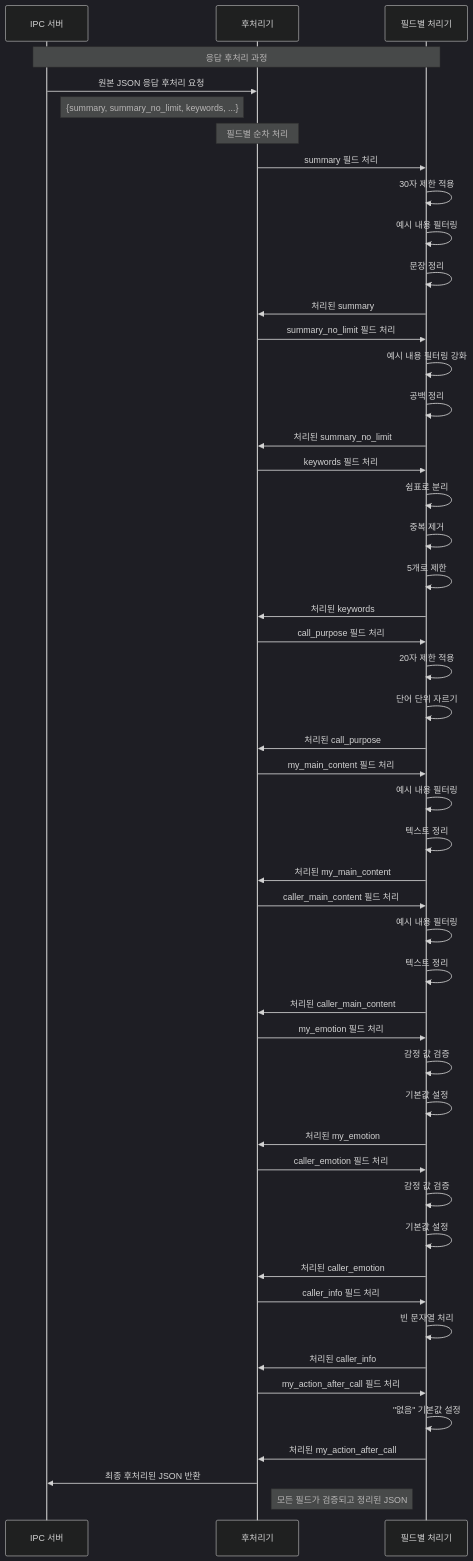
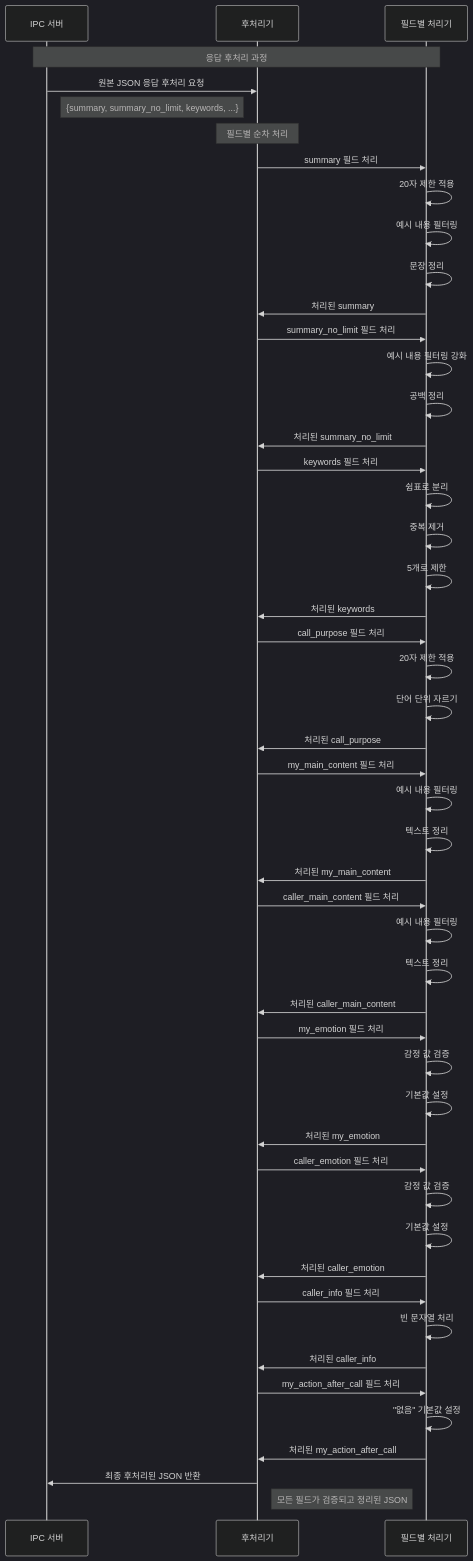
Before and after one commit to hak023/gemma-summarizer-poc: the fifth of 5 diagrams in sequence_diagram.md, drawn with Mermaid (dark theme). The commit also changed other lines of this file and 11 other files, not shown here.

````diff
--- a/sequence_diagram.md
+++ b/sequence_diagram.md
@@ -205,64 +205,64 @@
 ```mermaid
 sequenceDiagram
     participant IPC as IPC 서버
     participant Postprocessor as 후처리기
     participant Fields as 필드별 처리기
 
     Note over IPC,Fields: 응답 후처리 과정
     IPC->>Postprocessor: 원본 JSON 응답 후처리 요청
     Note right of IPC: {summary, summary_no_limit, keywords, ...}
 
     Note over Postprocessor: 필드별 순차 처리
     Postprocessor->>Fields: summary 필드 처리
-    Fields->>Fields: 30자 제한 적용
+    Fields->>Fields: 20자 제한 적용
     Fields->>Fields: 예시 내용 필터링
     Fields->>Fields: 문장 정리
     Fields->>Postprocessor: 처리된 summary
 
     Postprocessor->>Fields: summary_no_limit 필드 처리
     Fields->>Fields: 예시 내용 필터링 강화
     Fields->>Fields: 공백 정리
     Fields->>Postprocessor: 처리된 summary_no_limit
 
     Postprocessor->>Fields: keywords 필드 처리
     Fields->>Fields: 쉼표로 분리
     Fields->>Fields: 중복 제거
     Fields->>Fields: 5개로 제한
     Fields->>Postprocessor: 처리된 keywords
 
     Postprocessor->>Fields: call_purpose 필드 처리
     Fields->>Fields: 20자 제한 적용
     Fields->>Fields: 단어 단위 자르기
     Fields->>Postprocessor: 처리된 call_purpose
 
     Postprocessor->>Fields: my_main_content 필드 처리
     Fields->>Fields: 예시 내용 필터링
     Fields->>Fields: 텍스트 정리
     Fields->>Postprocessor: 처리된 my_main_content
 
     Postprocessor->>Fields: caller_main_content 필드 처리
     Fields->>Fields: 예시 내용 필터링
     Fields->>Fields: 텍스트 정리
     Fields->>Postprocessor: 처리된 caller_main_content
 
     Postprocessor->>Fields: my_emotion 필드 처리
     Fields->>Fields: 감정 값 검증
     Fields->>Fields: 기본값 설정
     Fields->>Postprocessor: 처리된 my_emotion
 
     Postprocessor->>Fields: caller_emotion 필드 처리
     Fields->>Fields: 감정 값 검증
     Fields->>Fields: 기본값 설정
     Fields->>Postprocessor: 처리된 caller_emotion
 
     Postprocessor->>Fields: caller_info 필드 처리
     Fields->>Fields: 빈 문자열 처리
     Fields->>Postprocessor: 처리된 caller_info
 
     Postprocessor->>Fields: my_action_after_call 필드 처리
     Fields->>Fields: "없음" 기본값 설정
     Fields->>Postprocessor: 처리된 my_action_after_call
 
     Postprocessor->>IPC: 최종 후처리된 JSON 반환
     Note right of Postprocessor: 모든 필드가 검증되고 정리된 JSON
 ```
````
